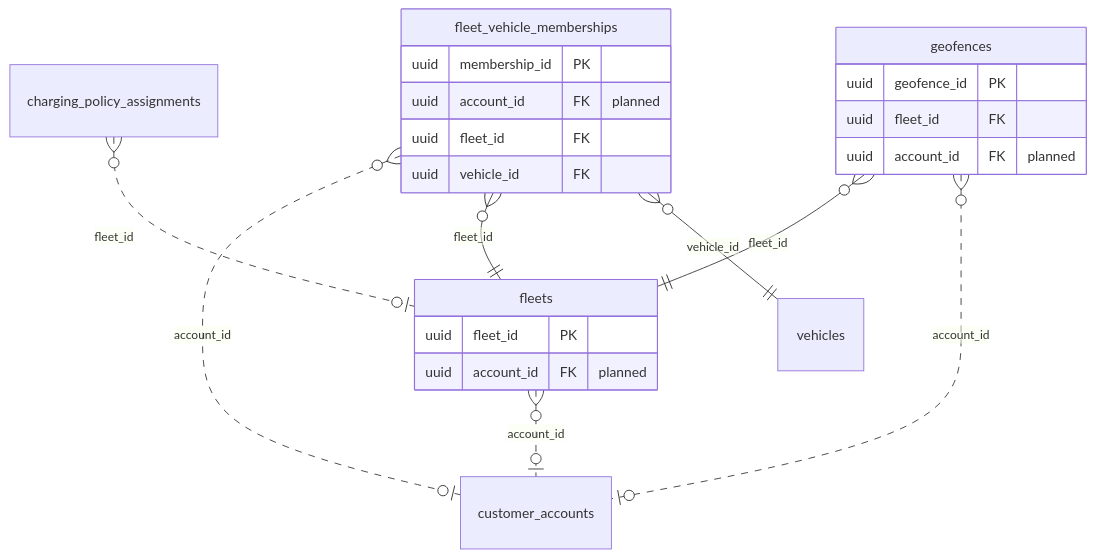
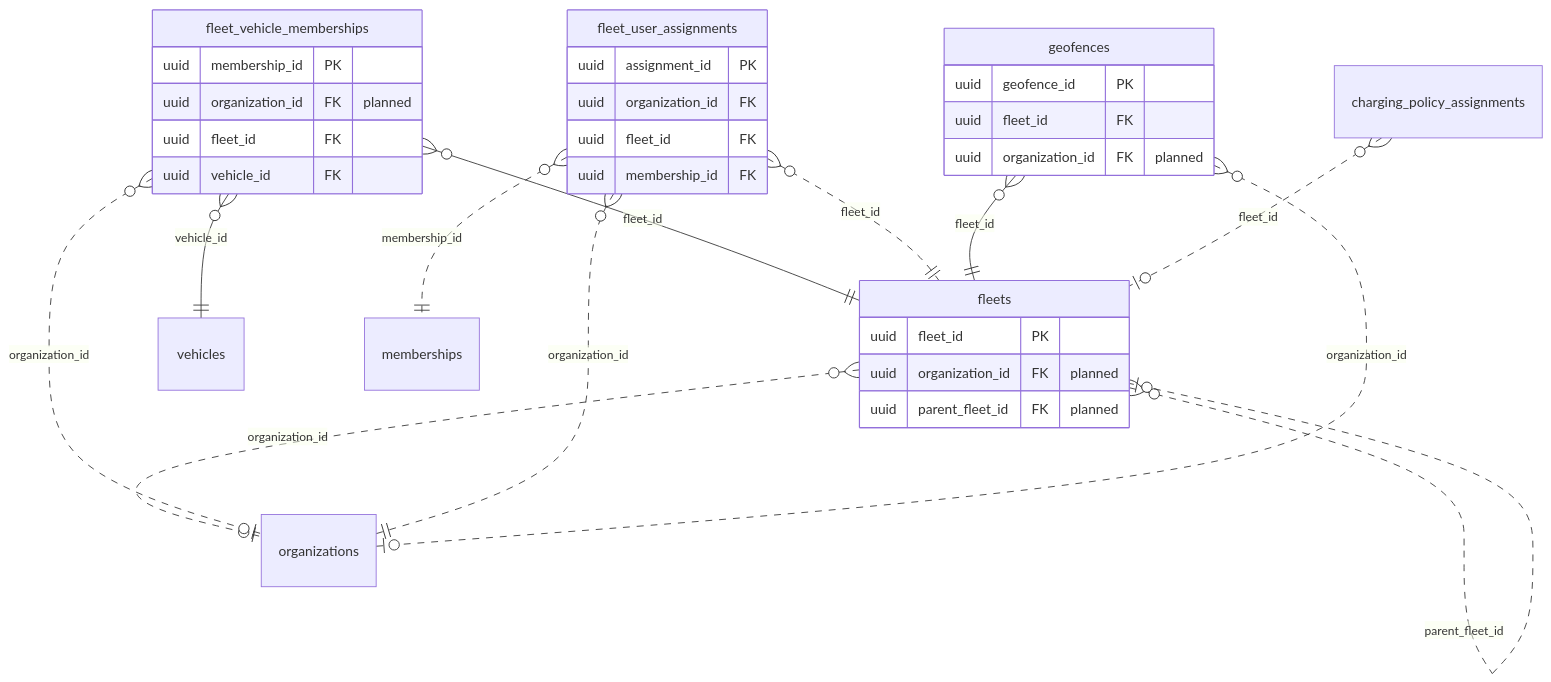
Before and after one commit to yolo-coccoc/G3Network-app: the diagram in docs/01-requirements/domain-model/domains/fleet.md, drawn with Mermaid. The commit also changed other lines of this file and 20 other files, not shown here.

````diff
--- a/docs/01-requirements/domain-model/domains/fleet.md
+++ b/docs/01-requirements/domain-model/domains/fleet.md
@@ -17,25 +18,36 @@
 ```mermaid
 erDiagram
   fleets {
     uuid fleet_id PK
-    uuid account_id FK "planned"
+    uuid organization_id FK "planned"
+    uuid parent_fleet_id FK "planned"
   }
   fleet_vehicle_memberships {
     uuid membership_id PK
-    uuid account_id FK "planned"
+    uuid organization_id FK "planned"
     uuid fleet_id FK
     uuid vehicle_id FK
   }
   geofences {
     uuid geofence_id PK
     uuid fleet_id FK
-    uuid account_id FK "planned"
+    uuid organization_id FK "planned"
   }
-  fleets }o..o| customer_accounts : "account_id"
-  fleet_vehicle_memberships }o..o| customer_accounts : "account_id"
+  fleet_user_assignments {
+    uuid assignment_id PK
+    uuid organization_id FK
+    uuid fleet_id FK
+    uuid membership_id FK
+  }
+  fleets }o..o| organizations : "organization_id"
+  fleets }o..o| fleets : "parent_fleet_id"
+  fleet_vehicle_memberships }o..o| organizations : "organization_id"
   fleet_vehicle_memberships }o--|| fleets : "fleet_id"
   fleet_vehicle_memberships }o--|| vehicles : "vehicle_id"
+  fleet_user_assignments }o..|| organizations : "organization_id"
+  fleet_user_assignments }o..|| fleets : "fleet_id"
+  fleet_user_assignments }o..|| memberships : "membership_id"
   geofences }o--|| fleets : "fleet_id"
-  geofences }o..o| customer_accounts : "account_id"
+  geofences }o..o| organizations : "organization_id"
   charging_policy_assignments }o..o| fleets : "fleet_id"
 ```
````
